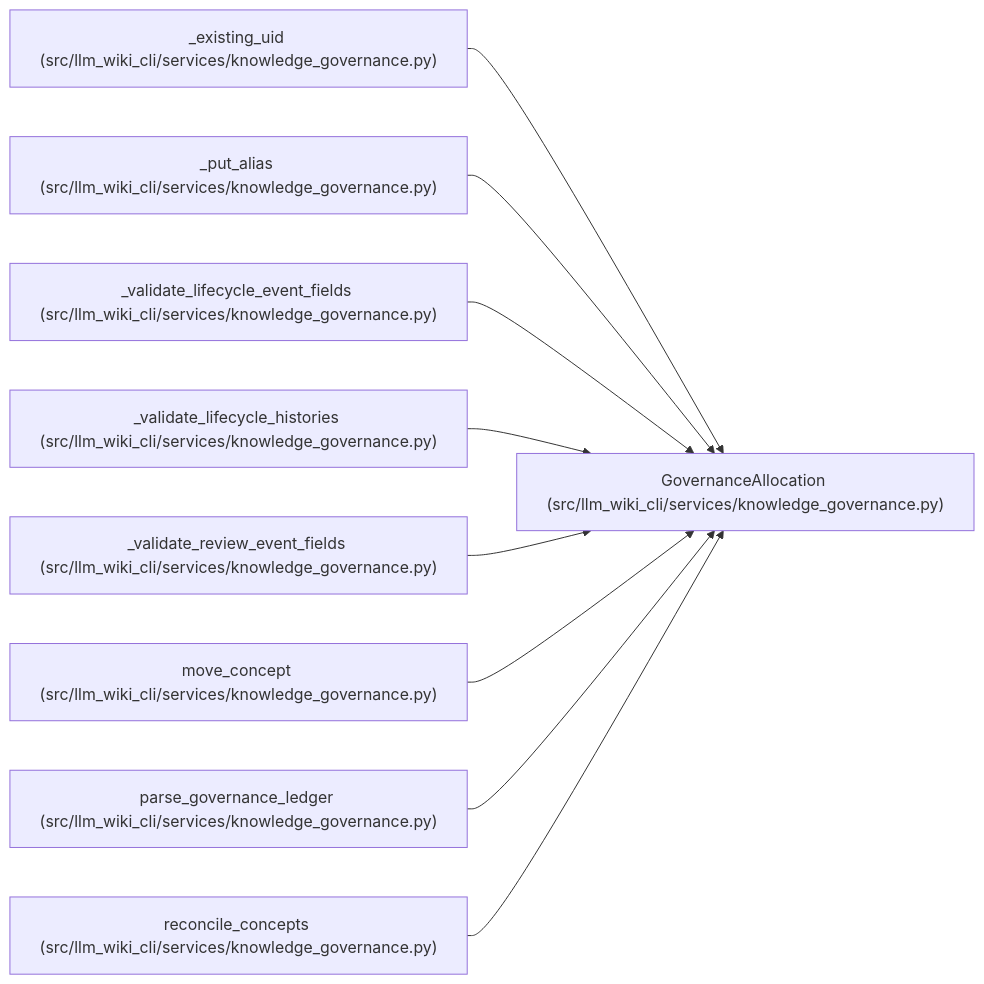
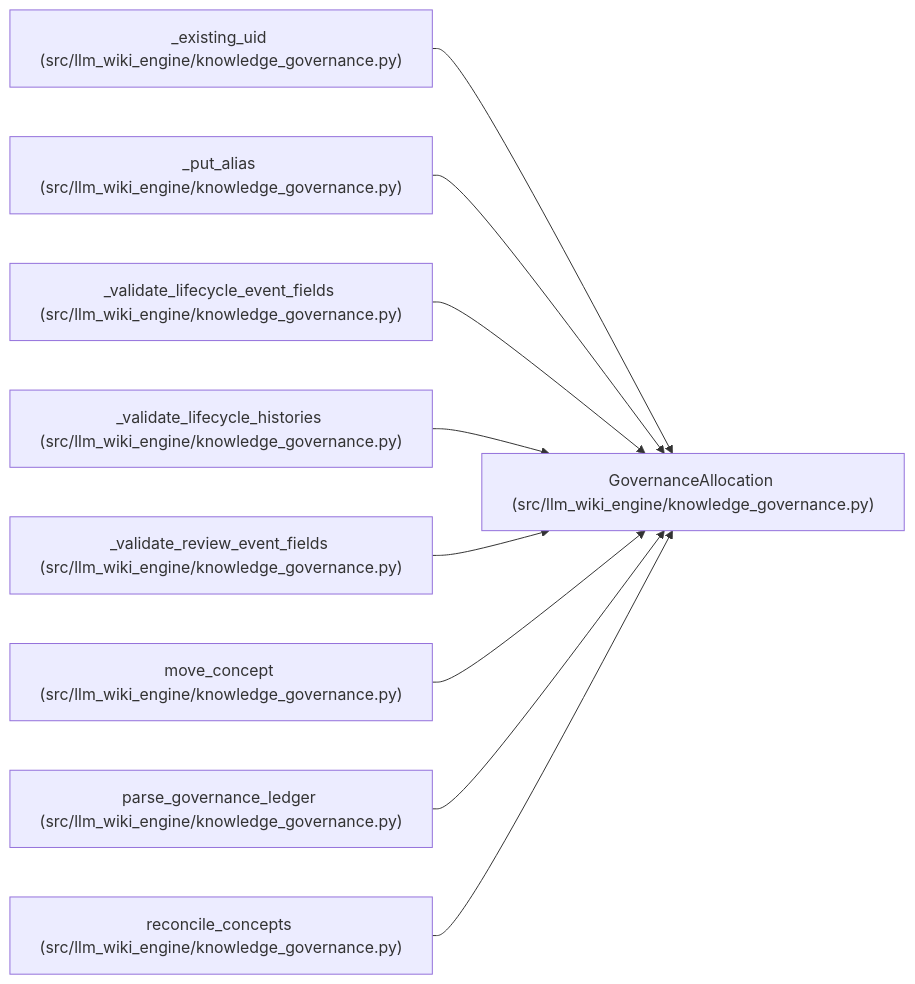
Before and after one commit to Denissvgn/python-wiki-llm: the diagram in docs/llm_wiki/entities/GovernanceAllocation.md, drawn with Mermaid. The commit also changed other lines of this file and 1058 other files, not shown here.

First line of the commit message:
docs: refresh the wiki for the knowledge store move

````diff
--- a/docs/llm_wiki/entities/GovernanceAllocation.md
+++ b/docs/llm_wiki/entities/GovernanceAllocation.md
@@ -32,29 +32,29 @@
 ```mermaid
 flowchart LR
-    n0["GovernanceAllocation (src/llm_wiki_cli/services/knowledge_governance.py)"]
-    n1["_existing_uid (src/llm_wiki_cli/services/knowledge_governance.py)"]
-    n2["_put_alias (src/llm_wiki_cli/services/knowledge_governance.py)"]
-    n3["_validate_lifecycle_event_fields (src/llm_wiki_cli/services/knowledge_governance.py)"]
-    n4["_validate_lifecycle_histories (src/llm_wiki_cli/services/knowledge_governance.py)"]
-    n5["_validate_review_event_fields (src/llm_wiki_cli/services/knowledge_governance.py)"]
-    n6["move_concept (src/llm_wiki_cli/services/knowledge_governance.py)"]
-    n7["parse_governance_ledger (src/llm_wiki_cli/services/knowledge_governance.py)"]
-    n8["reconcile_concepts (src/llm_wiki_cli/services/knowledge_governance.py)"]
+    n0["GovernanceAllocation (src/llm_wiki_engine/knowledge_governance.py)"]
+    n1["_existing_uid (src/llm_wiki_engine/knowledge_governance.py)"]
+    n2["_put_alias (src/llm_wiki_engine/knowledge_governance.py)"]
+    n3["_validate_lifecycle_event_fields (src/llm_wiki_engine/knowledge_governance.py)"]
+    n4["_validate_lifecycle_histories (src/llm_wiki_engine/knowledge_governance.py)"]
+    n5["_validate_review_event_fields (src/llm_wiki_engine/knowledge_governance.py)"]
+    n6["move_concept (src/llm_wiki_engine/knowledge_governance.py)"]
+    n7["parse_governance_ledger (src/llm_wiki_engine/knowledge_governance.py)"]
+    n8["reconcile_concepts (src/llm_wiki_engine/knowledge_governance.py)"]
     n1 --> n0
     n2 --> n0
     n3 --> n0
     n4 --> n0
     n5 --> n0
     n6 --> n0
     n7 --> n0
     n8 --> n0
     click n0 "../modules/knowledge_governance.md"
     click n1 "../modules/knowledge_governance.md"
     click n2 "../modules/knowledge_governance.md"
     click n3 "../modules/knowledge_governance.md"
     click n4 "../modules/knowledge_governance.md"
     click n5 "../modules/knowledge_governance.md"
     click n6 "../modules/knowledge_governance.md"
     click n7 "../modules/knowledge_governance.md"
     click n8 "../modules/knowledge_governance.md"
 ```
````
